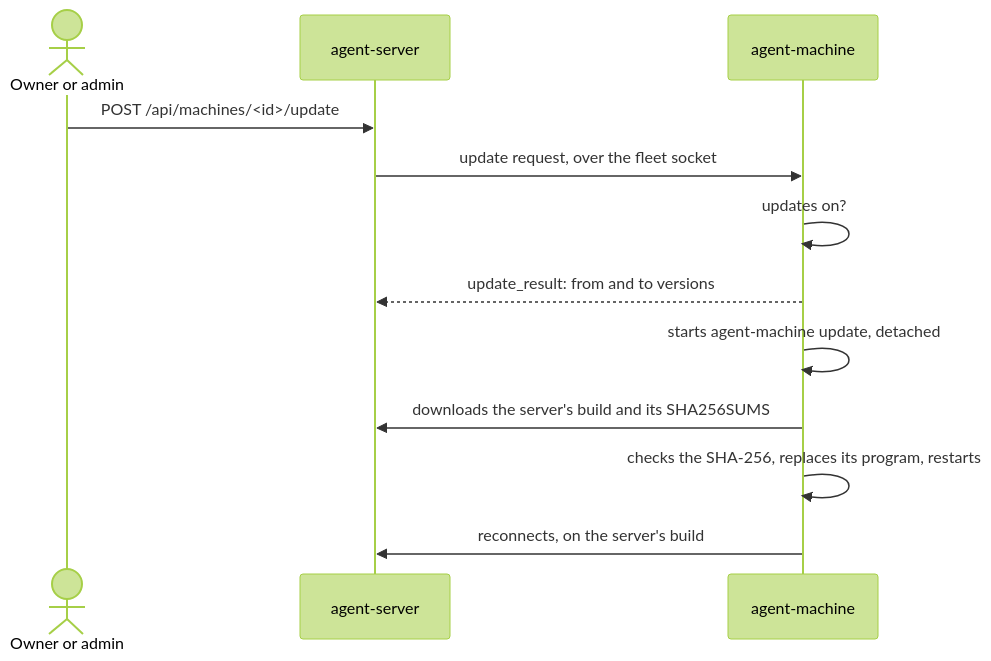
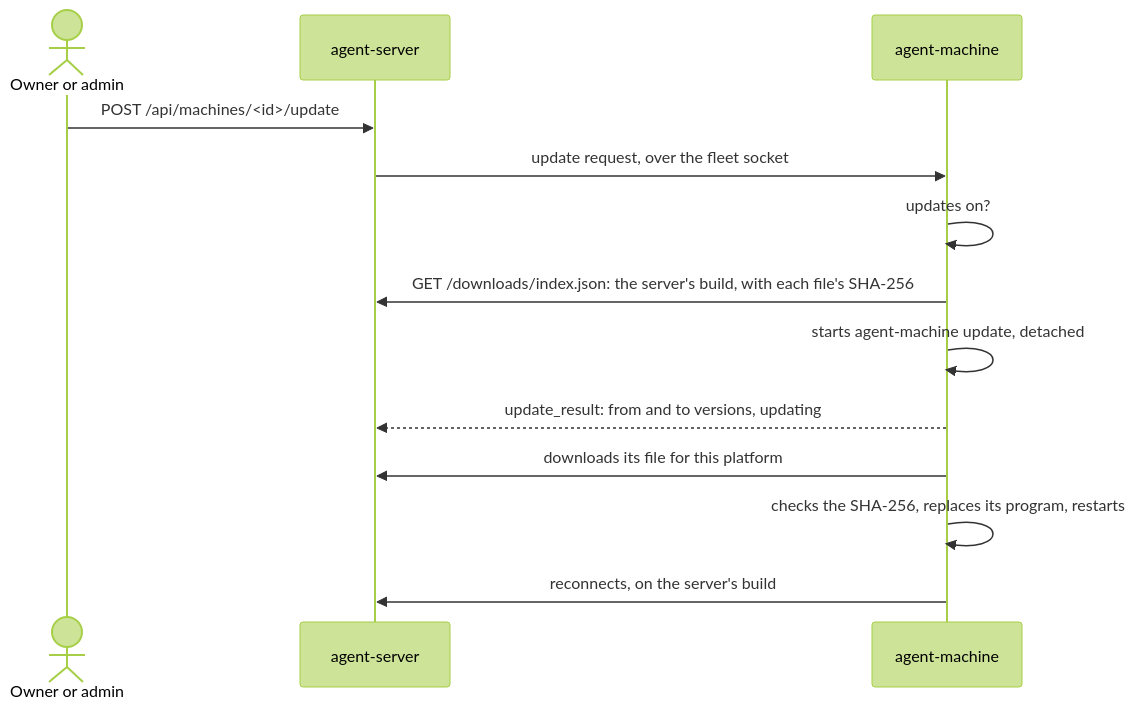
Before and after one commit to joeyenfield/ai-coding-agent-proxy: the second of 2 diagrams in docs/machines.md, drawn with Mermaid (forest theme). The commit also changed other lines of this file and 256 other files, not shown here.

````diff
--- a/docs/machines.md
+++ b/docs/machines.md
@@ -349,14 +315,15 @@
 ```mermaid
 sequenceDiagram
   actor U as Owner or admin
   participant S as agent-server
   participant M as agent-machine
   U->>S: POST /api/machines/<id>/update
   S->>M: update request, over the fleet socket
   M->>M: updates on?
-  M-->>S: update_result: from and to versions
+  M->>S: GET /downloads/index.json: the server's build, with each file's SHA-256
   M->>M: starts agent-machine update, detached
-  M->>S: downloads the server's build and its SHA256SUMS
+  M-->>S: update_result: from and to versions, updating
+  M->>S: downloads its file for this platform
   M->>M: checks the SHA-256, replaces its program, restarts
   M->>S: reconnects, on the server's build
 ```
````
